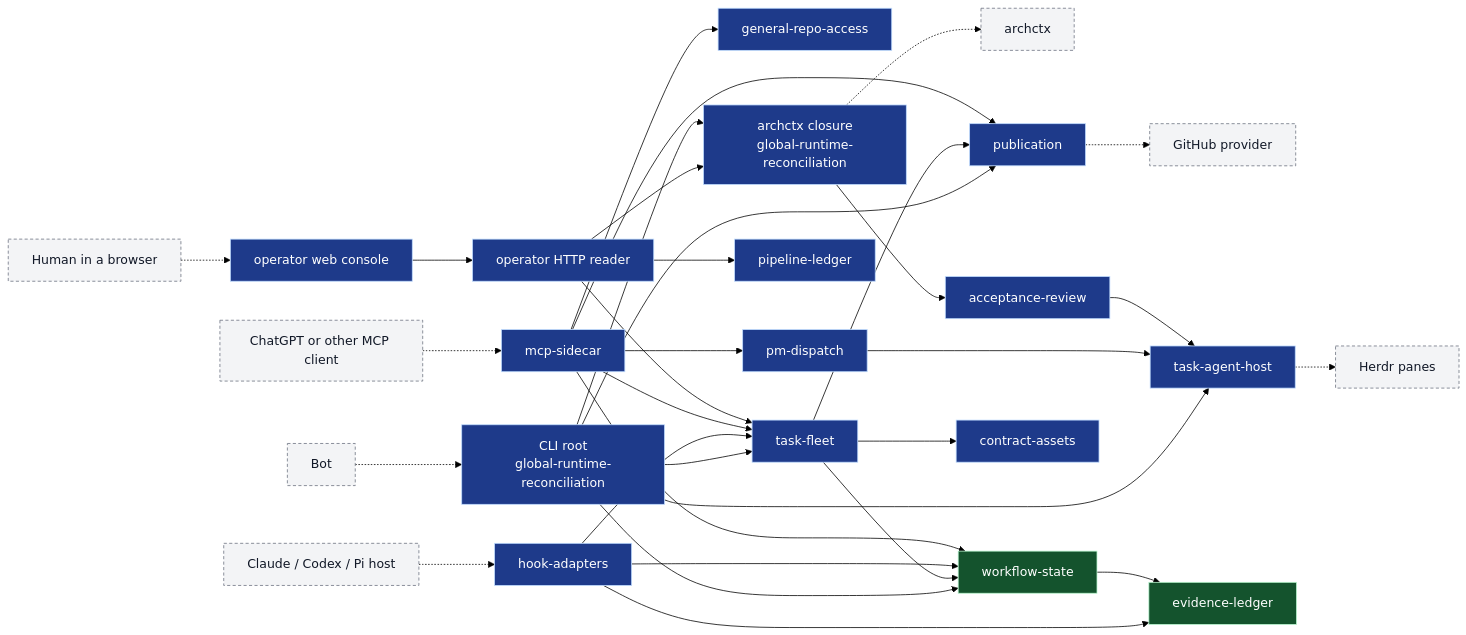
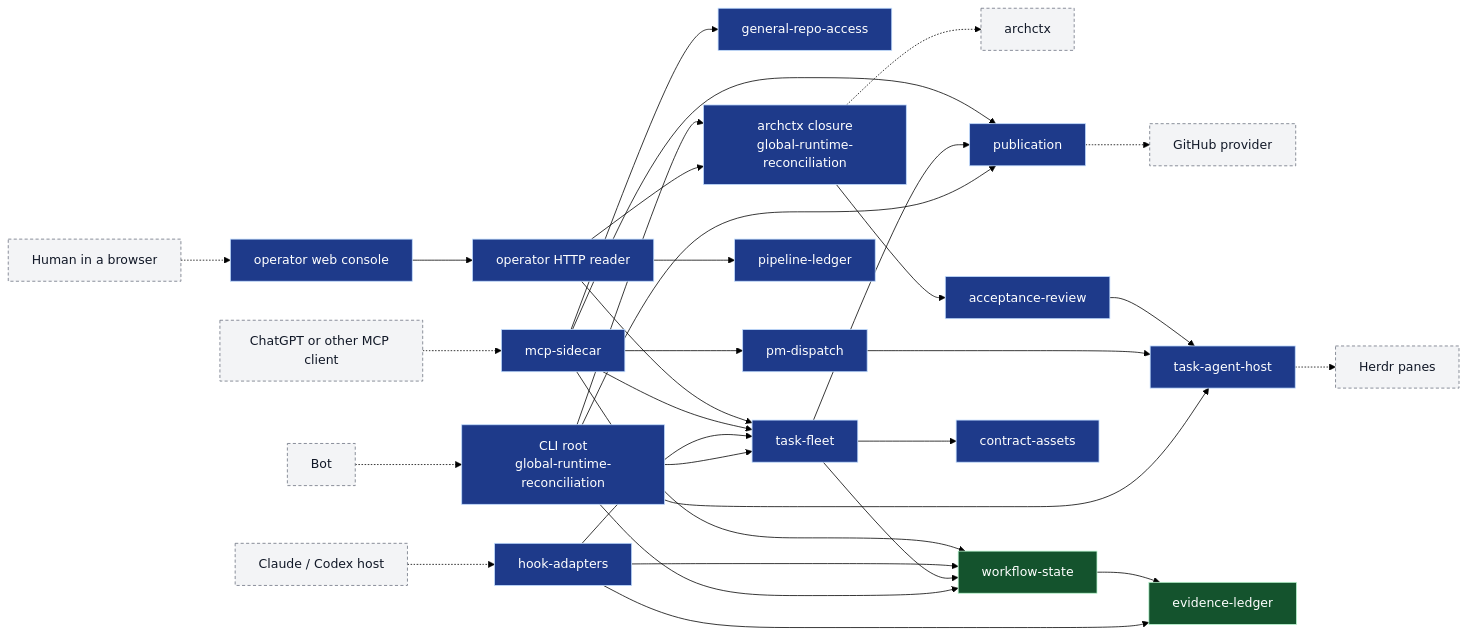
The diagram in docs/architecture/index.md (Ancienttwo/repo-harness), drawn with Mermaid (forest theme) before and after one commit. The commit also changed other lines of this file and 19 other files, not shown here.

First line of the commit message:
docs(architecture): remove the Pi host and the deleted hook routes from the model (#766)

````diff
--- a/docs/architecture/index.md
+++ b/docs/architecture/index.md
@@ -107,67 +107,67 @@
 ```mermaid
 flowchart LR
   classDef ext fill:#f3f4f6,stroke:#6b7280,color:#111827,stroke-dasharray:4 3
   classDef cap fill:#1e3a8a,stroke:#bfdbfe,color:#ffffff
   classDef store fill:#14532d,stroke:#bbf7d0,color:#ffffff
 
   Bot["Bot"]:::ext
-  Host["Claude / Codex / Pi host"]:::ext
+  Host["Claude / Codex host"]:::ext
   Client["ChatGPT or other MCP client"]:::ext
   Human["Human in a browser"]:::ext
   Herdr["Herdr panes"]:::ext
   Provider["GitHub provider"]:::ext
   Archctx["archctx"]:::ext
 
   CLI["CLI root<br/>global-runtime-reconciliation"]:::cap
   Hooks["hook-adapters"]:::cap
   MCP["mcp-sidecar"]:::cap
   Repo["general-repo-access"]:::cap
   Console["operator web console"]:::cap
   OpServer["operator HTTP reader"]:::cap
   Closure["archctx closure<br/>global-runtime-reconciliation"]:::cap
   Fleet["task-fleet"]:::cap
   Pub["publication"]:::cap
   PM["pm-dispatch"]:::cap
   TAH["task-agent-host"]:::cap
   Review["acceptance-review"]:::cap
   Pipe["pipeline-ledger"]:::cap
   WS["workflow-state"]:::store
   EL["evidence-ledger"]:::store
   CA["contract-assets"]:::cap
 
   Bot -.-> CLI
   CLI --> Fleet
   CLI --> TAH
   CLI --> WS
   CLI --> Pub
   Fleet --> WS
   Fleet --> CA
   Fleet --> Pub
   TAH -.-> Herdr
   Pub -.-> Provider
 
   Host -.-> Hooks
   Hooks --> WS
   Hooks --> EL
   Hooks --> Fleet
 
   Client -.-> MCP
   MCP --> PM
   MCP --> Fleet
   MCP --> Pub
   MCP --> Repo
   MCP --> WS
   PM --> TAH
 
   Human -.-> Console
   Console --> OpServer
   OpServer --> Fleet
   OpServer --> Pipe
   OpServer --> Closure
 
   CLI --> Closure
   Closure -.-> Archctx
   Closure --> Review
   Review --> TAH
   WS --> EL
 ```
````
